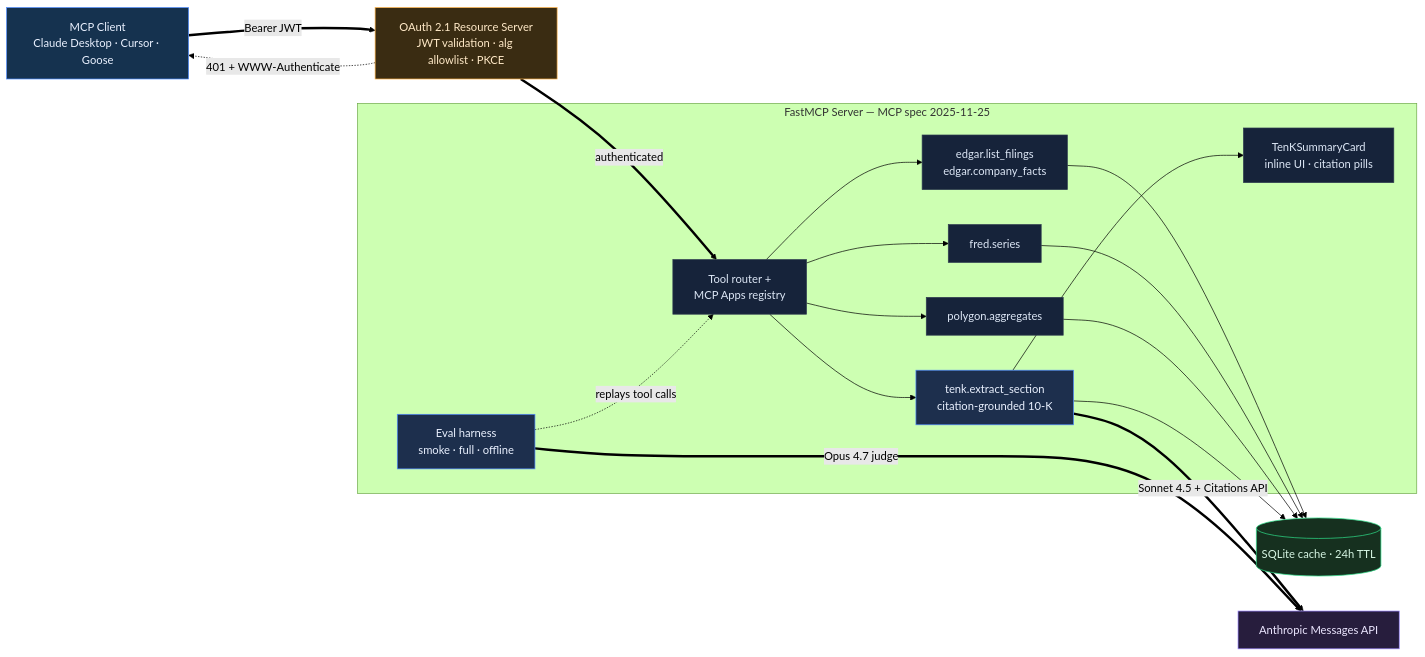
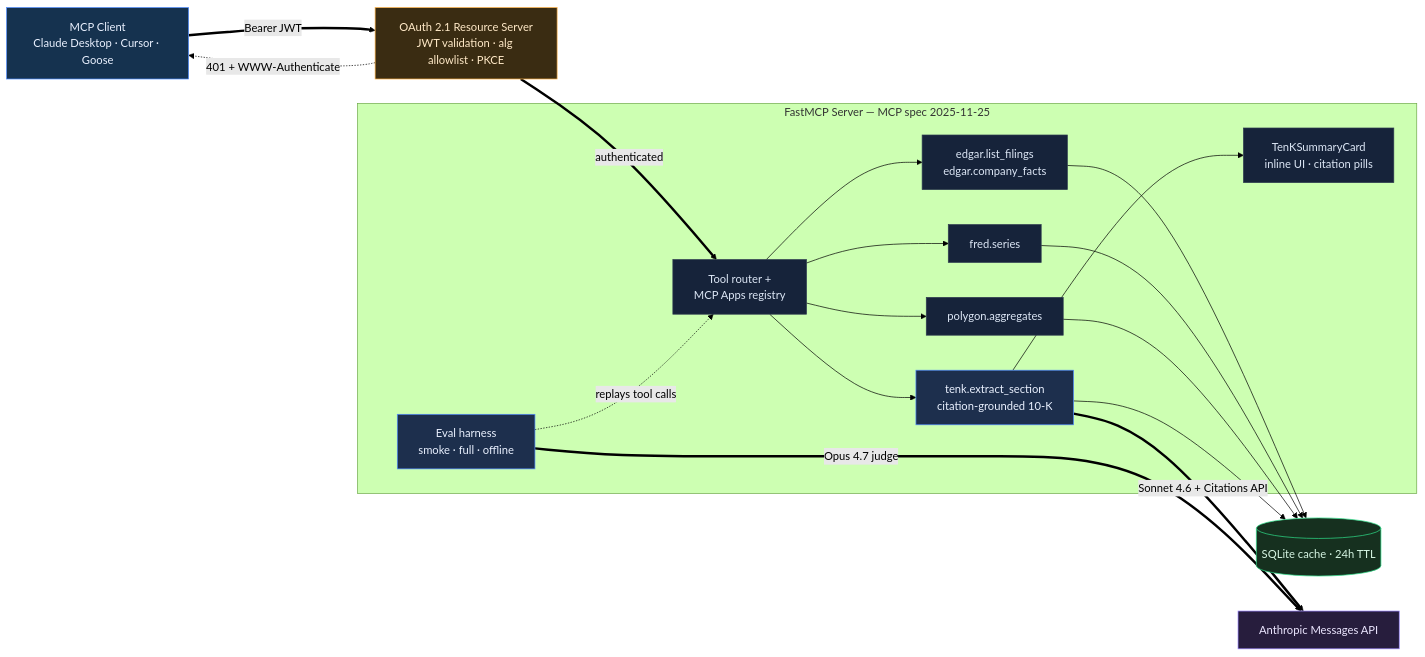
The diagram in README.md (SebAustin/mcp-financial-data), drawn with Mermaid (forest theme) before and after one commit. The commit also changed other lines of this file and 18 other files, not shown here.

````diff
--- a/README.md
+++ b/README.md
@@ -112,48 +112,48 @@
 ```mermaid
 flowchart LR
     C["MCP Client<br/>Claude Desktop · Cursor · Goose"]
     OAuth["OAuth 2.1 Resource Server<br/>JWT validation · alg allowlist · PKCE"]
 
     subgraph core["FastMCP Server — MCP spec 2025-11-25"]
         Router["Tool router +<br/>MCP Apps registry"]
         EDGAR["edgar.list_filings<br/>edgar.company_facts"]
         FRED["fred.series"]
         Polygon["polygon.aggregates"]
         Extractor["tenk.extract_section<br/>citation-grounded 10-K"]
         UI["TenKSummaryCard<br/>inline UI · citation pills"]
         Evals["Eval harness<br/>smoke · full · offline"]
     end
 
     Cache[("SQLite cache · 24h TTL")]
     Anthropic["Anthropic Messages API"]
 
     C ==>|"Bearer JWT"| OAuth
     OAuth -.->|"401 + WWW-Authenticate"| C
     OAuth ==>|"authenticated"| Router
     Router --> EDGAR
     Router --> FRED
     Router --> Polygon
     Router --> Extractor
     Extractor --> UI
-    Extractor ==>|"Sonnet 4.5 + Citations API"| Anthropic
+    Extractor ==>|"Sonnet 4.6 + Citations API"| Anthropic
     Evals ==>|"Opus 4.7 judge"| Anthropic
     Evals -.->|"replays tool calls"| Router
     EDGAR --> Cache
     FRED --> Cache
     Polygon --> Cache
     Extractor --> Cache
 
     classDef client fill:#15324f,stroke:#4f8cff,color:#eaf1ff
     classDef gate fill:#3a2c12,stroke:#ffb347,color:#ffe9c7
     classDef tool fill:#16233a,stroke:#2d3a4f,color:#dce6f5
     classDef key fill:#1d2f4d,stroke:#4f8cff,color:#eaf1ff
     classDef store fill:#16301f,stroke:#2ee08a,color:#d6f5e3
     classDef ext fill:#271d3d,stroke:#9b86ff,color:#ece6ff
 
     class C client
     class OAuth gate
     class Router,EDGAR,FRED,Polygon,UI tool
     class Extractor,Evals key
     class Cache store
     class Anthropic ext
 ```
````
